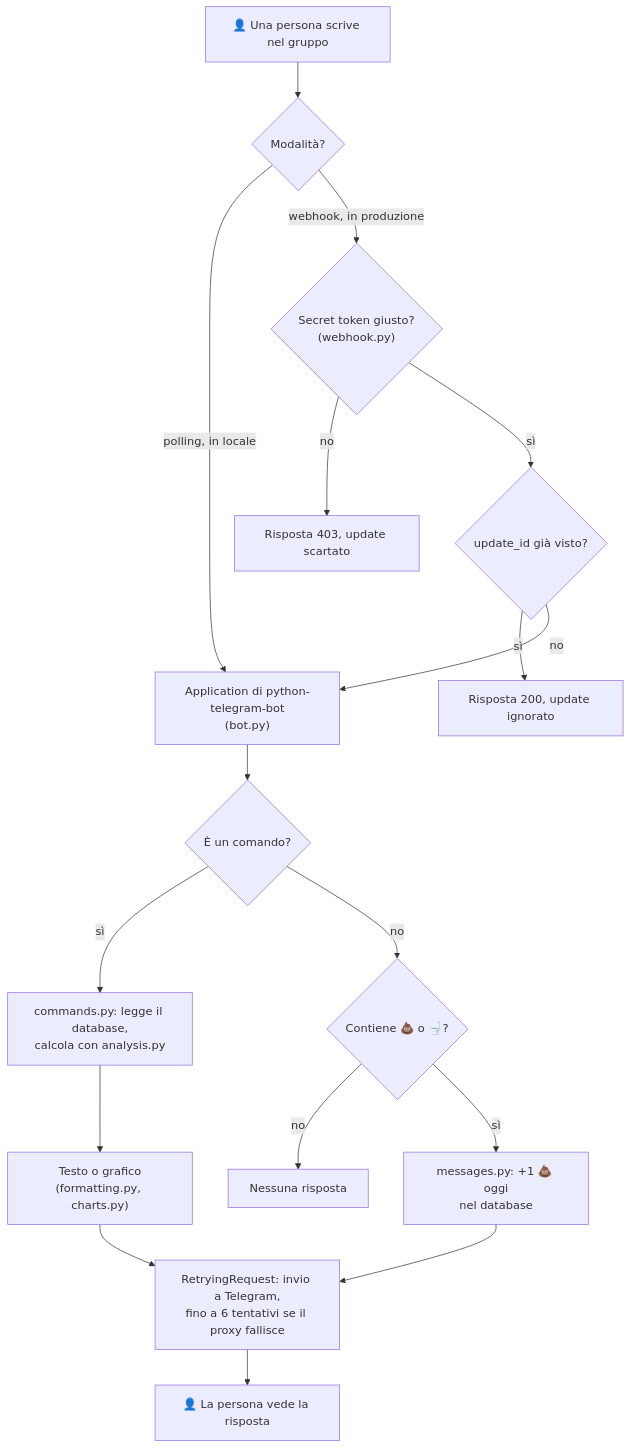
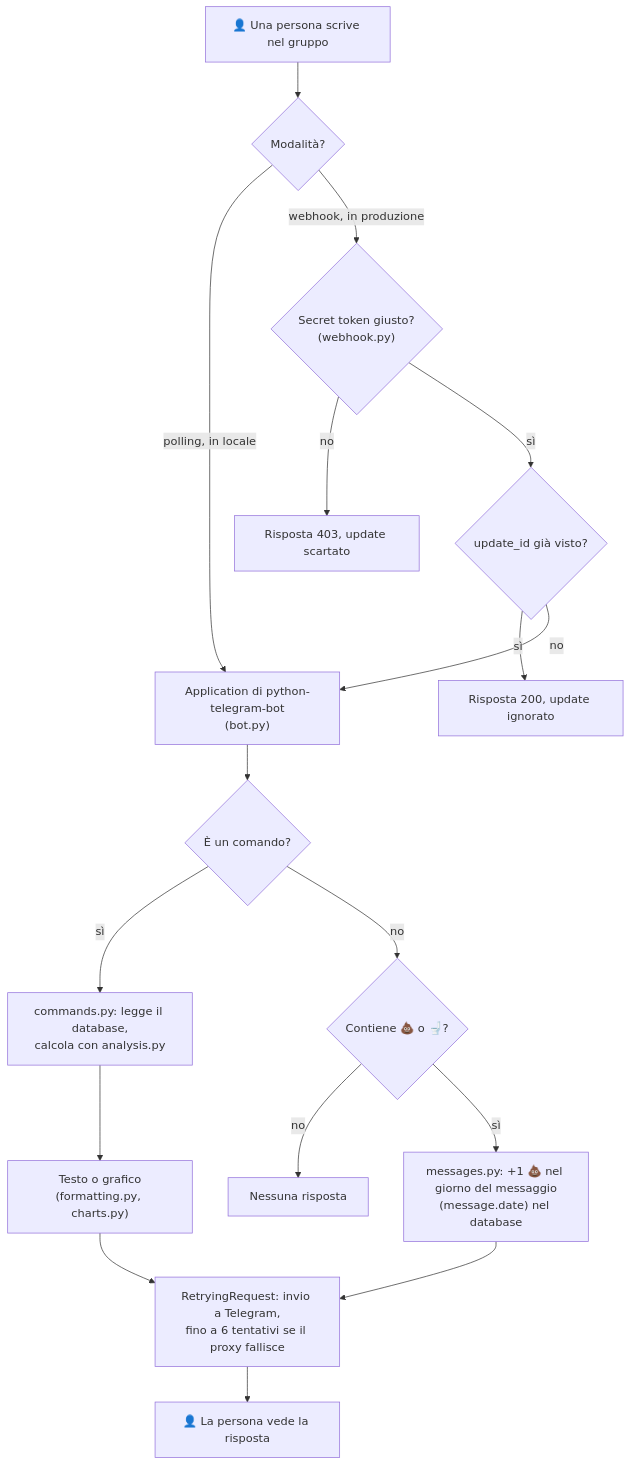
One commit to francescoperrino/Caccometro changed the first of 4 diagrams in README.md. Above: the diagram before and after it, drawn with Mermaid. The commit also changed other lines of this file, not shown here.

````diff
--- a/README.md
+++ b/README.md
@@ -183,19 +186,19 @@
 ```mermaid
 flowchart TD
     start["👤 Una persona scrive nel gruppo"] --> mode{"Modalità?"}
     mode -->|"polling, in locale"| app["Application di python-telegram-bot<br/>(bot.py)"]
     mode -->|"webhook, in produzione"| secret{"Secret token giusto?<br/>(webhook.py)"}
     secret -->|"no"| refused["Risposta 403, update scartato"]
     secret -->|"sì"| seen{"update_id già visto?"}
     seen -->|"sì"| skipped["Risposta 200, update ignorato"]
     seen -->|"no"| app
     app --> command{"È un comando?"}
     command -->|"sì"| commands["commands.py: legge il database,<br/>calcola con analysis.py"]
     command -->|"no"| poop{"Contiene 💩 o 🚽?"}
     poop -->|"no"| silent["Nessuna risposta"]
-    poop -->|"sì"| count["messages.py: +1 💩 oggi<br/>nel database"]
+    poop -->|"sì"| count["messages.py: +1 💩 nel giorno del messaggio<br/>(message.date) nel database"]
     commands --> output["Testo o grafico<br/>(formatting.py, charts.py)"]
     output --> send["RetryingRequest: invio a Telegram,<br/>fino a 6 tentativi se il proxy fallisce"]
     count --> send
     send --> reply["👤 La persona vede la risposta"]
 ```
````
